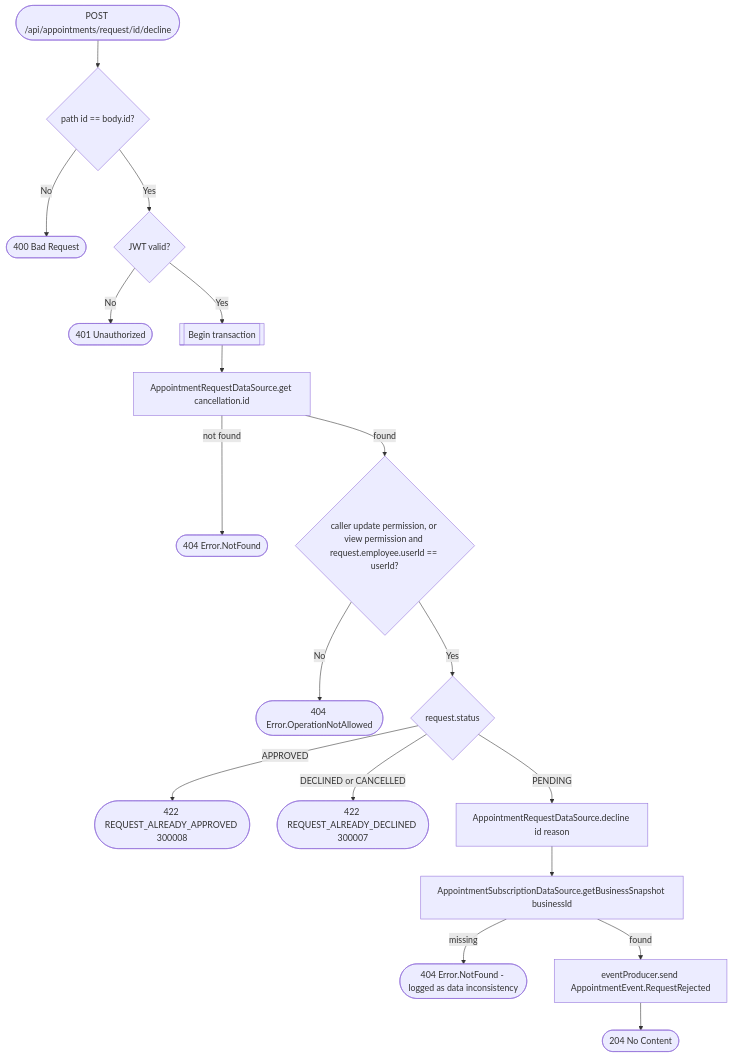
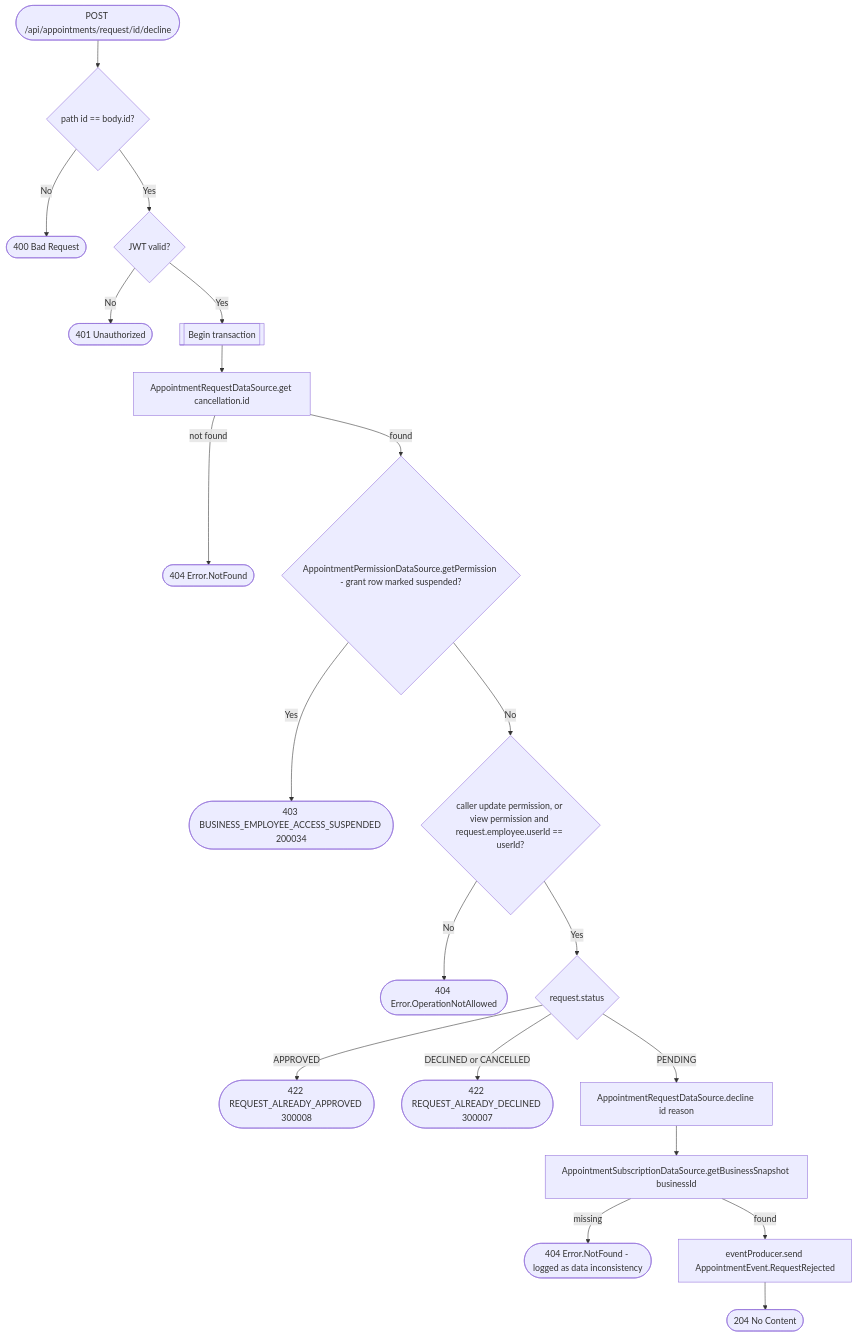
The diagram in docs/operations/appointments/decline-appointment-request.md (an22/bookk.me-backend), drawn with Mermaid before and after one commit. The commit also changed 65 other files, not shown here.

````diff
--- a/docs/operations/appointments/decline-appointment-request.md
+++ b/docs/operations/appointments/decline-appointment-request.md
@@ -12,20 +12,22 @@
 ```mermaid
 flowchart TD
     Start([POST /api/appointments/request/id/decline]) --> PathCheck{path id == body.id?}
     PathCheck -- No --> R400([400 Bad Request])
     PathCheck -- Yes --> Auth{JWT valid?}
     Auth -- No --> R401([401 Unauthorized])
     Auth -- Yes --> Tx[[Begin transaction]]
     Tx --> Get[AppointmentRequestDataSource.get cancellation.id]
     Get -- not found --> R404b([404 Error.NotFound])
-    Get -- found --> Perm{caller update permission, or view permission and request.employee.userId == userId?}
+    Get -- found --> Suspended{AppointmentPermissionDataSource.getPermission - grant row marked suspended?}
+    Suspended -- Yes --> R403s([403 BUSINESS_EMPLOYEE_ACCESS_SUSPENDED 200034])
+    Suspended -- No --> Perm{caller update permission, or view permission and request.employee.userId == userId?}
     Perm -- No --> R404a([404 Error.OperationNotAllowed])
     Perm -- Yes --> Status{request.status}
     Status -- APPROVED --> R422a([422 REQUEST_ALREADY_APPROVED 300008])
     Status -- DECLINED or CANCELLED --> R422b([422 REQUEST_ALREADY_DECLINED 300007])
     Status -- PENDING --> Decline[AppointmentRequestDataSource.decline id reason]
     Decline --> Snapshot[AppointmentSubscriptionDataSource.getBusinessSnapshot businessId]
     Snapshot -- missing --> R404c([404 Error.NotFound - logged as data inconsistency])
     Snapshot -- found --> Event[eventProducer.send AppointmentEvent.RequestRejected]
     Event --> R204([204 No Content])
 ```
````
